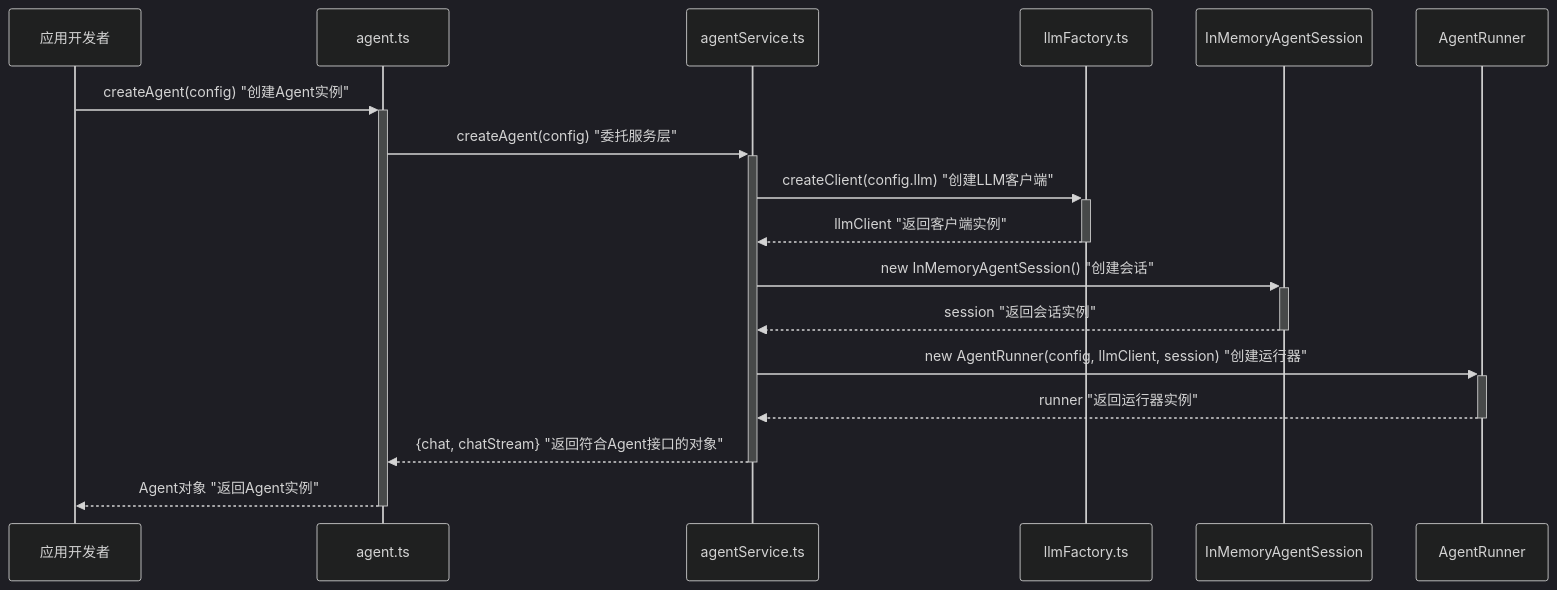
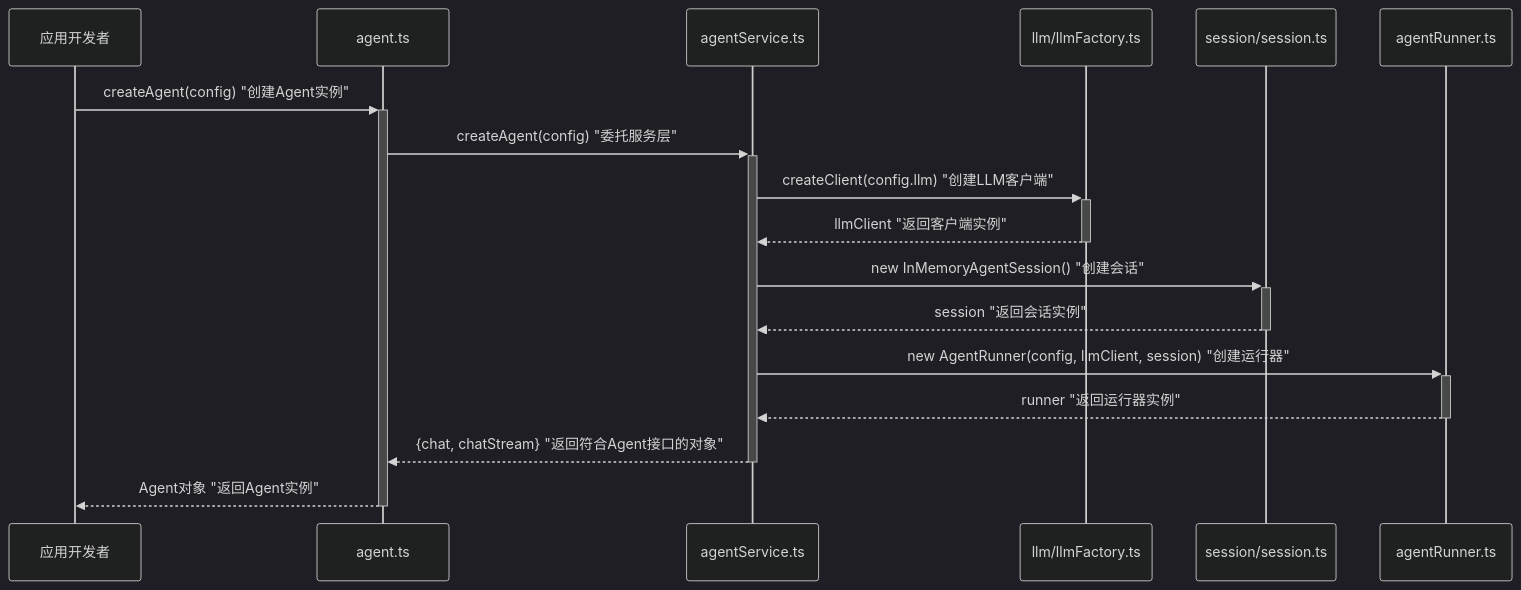
The second of 4 diagrams in packages/agent/docs/develop/Agent-Design.md (Deepractice/DPML), drawn with Mermaid (dark theme) before and after one commit. The commit also changed other lines of this file and 26 other files, not shown here.

Commit message:
更新DPML Agent模块，将相关文件名从'agent'更改为'session'，以反映模块的重构和命名一致性。同时，新增AgentRunner和会话管理功能的实现，优化消息处理流程，提升模块的可维护性和可扩展性。更新相关文档和测试用例，确保开发者能够更好地理解和使用新结构。

````diff
--- a/packages/agent/docs/develop/Agent-Design.md
+++ b/packages/agent/docs/develop/Agent-Design.md
@@ -826,23 +878,23 @@
 ```mermaid
 sequenceDiagram
     participant User as 应用开发者
     participant API as agent.ts
     participant Service as agentService.ts
-    participant Factory as llmFactory.ts
-    participant Session as InMemoryAgentSession
-    participant Runner as AgentRunner
+    participant Factory as llm/llmFactory.ts
+    participant Session as session/session.ts
+    participant Runner as agentRunner.ts
 
     User->>+API: createAgent(config) "创建Agent实例"
     API->>+Service: createAgent(config) "委托服务层"
     Service->>+Factory: createClient(config.llm) "创建LLM客户端"
     Factory-->>-Service: llmClient "返回客户端实例"
     
     Service->>+Session: new InMemoryAgentSession() "创建会话"
     Session-->>-Service: session "返回会话实例"
     
     Service->>+Runner: new AgentRunner(config, llmClient, session) "创建运行器"
     Runner-->>-Service: runner "返回运行器实例"
     
     Service-->>-API: {chat, chatStream} "返回符合Agent接口的对象"
     API-->>-User: Agent对象 "返回Agent实例"
 ```
````
